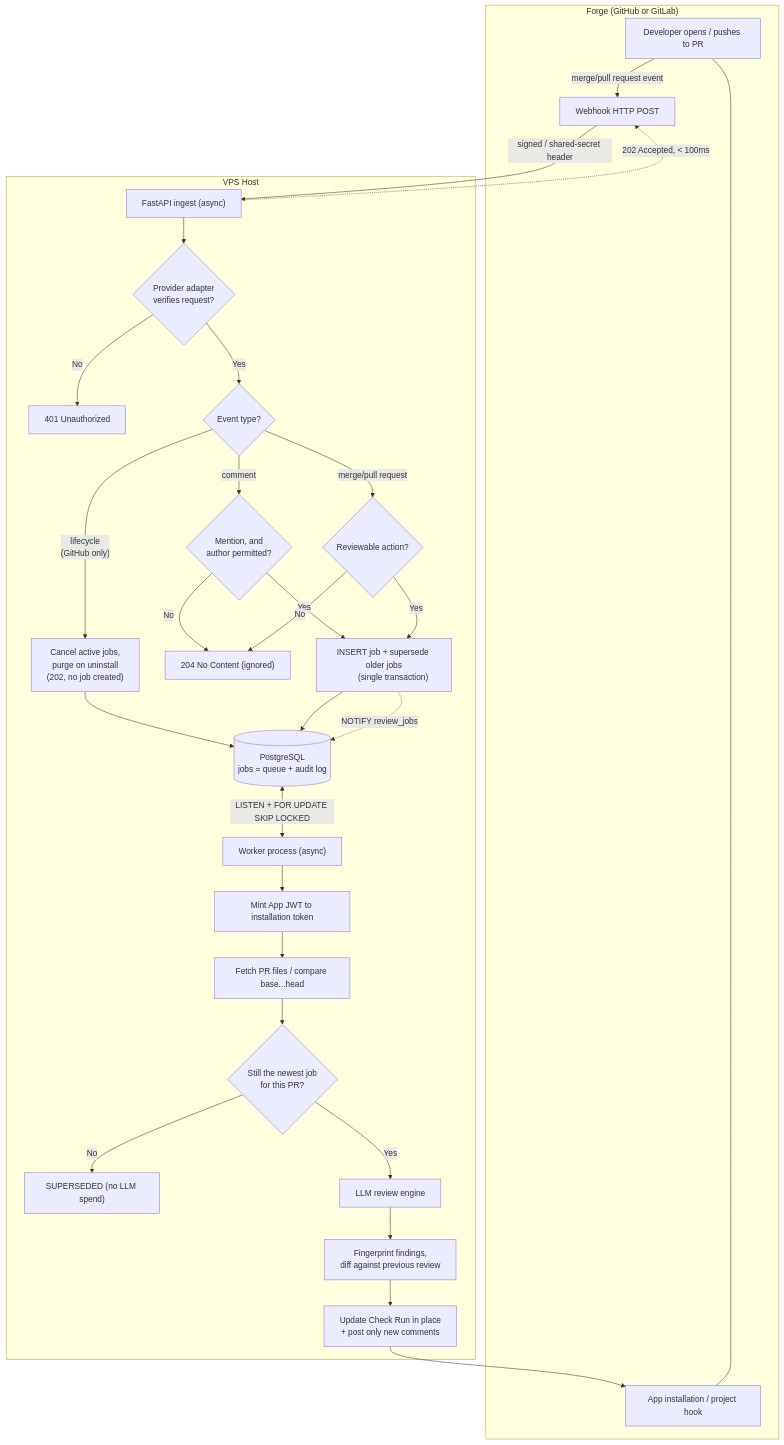
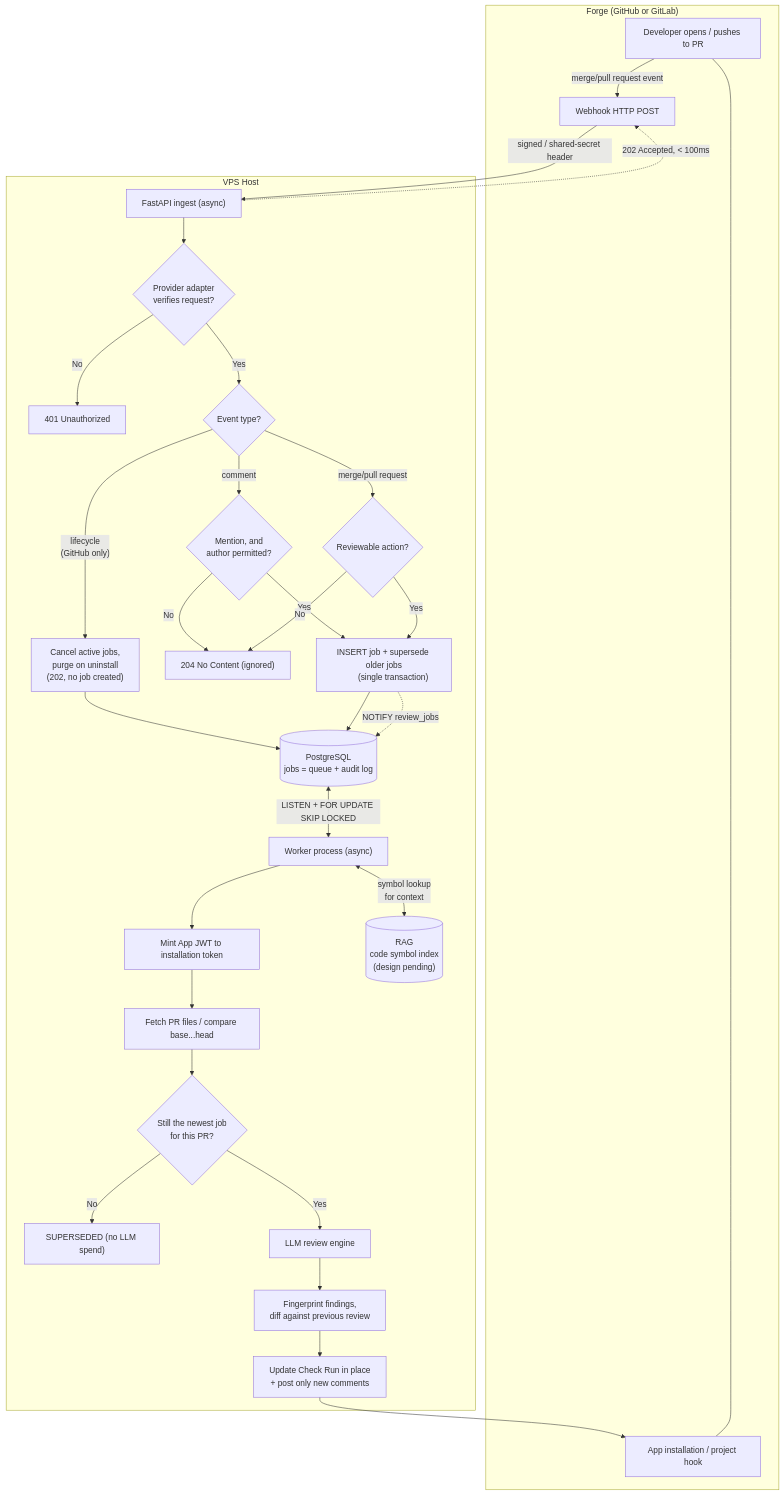
Before and after one commit to larchanka-training/dmc-268-api-t4: the first of 2 diagrams in docs/WORKFLOW_DESIGN.md, drawn with Mermaid.

Commit message:
added RAG module, not designed yet

````diff
--- a/docs/WORKFLOW_DESIGN.md
+++ b/docs/WORKFLOW_DESIGN.md
@@ -76,47 +76,51 @@
 ```mermaid
 flowchart TD
     subgraph GH ["Forge (GitHub or GitLab)"]
         DEV["Developer opens / pushes to PR"] -->|"merge/pull request event"| HOOK["Webhook HTTP POST"]
         APP["App installation / project hook"]
     end
 
     subgraph VPS ["VPS Host"]
         HOOK -->|"signed / shared-secret header"| API["FastAPI ingest (async)"]
         API --> SIG{"Provider adapter
         verifies request?"}
         SIG -->|No| REJ["401 Unauthorized"]
         SIG -->|Yes| EVT{"Event type?"}
         EVT -->|"lifecycle
         (GitHub only)"| LIFE["Cancel active jobs,
         purge on uninstall
         (202, no job created)"]
         LIFE --> DB
         EVT -->|"comment"| CMD{"Mention, and
         author permitted?"}
         CMD -->|No| IGN
         CMD -->|Yes| ENQ
         EVT -->|"merge/pull request"| ACT{"Reviewable action?"}
         ACT -->|No| IGN["204 No Content (ignored)"]
         ACT -->|Yes| ENQ["INSERT job + supersede older jobs
         (single transaction)"]
         ENQ --> DB[("PostgreSQL
         jobs = queue + audit log")]
         ENQ -.->|"NOTIFY review_jobs"| DB
         API -.->|"202 Accepted, < 100ms"| HOOK
 
         DB <-->|"LISTEN + FOR UPDATE SKIP LOCKED"| W["Worker process (async)"]
         W --> TOK["Mint App JWT to installation token"]
         TOK --> DIFF["Fetch PR files / compare base...head"]
         DIFF --> GATE{"Still the newest job
         for this PR?"}
+        W <-->|"symbol lookup
+        for context"| RAG[("RAG
+        code symbol index
+        (design pending)")]
         GATE -->|No| SUP["SUPERSEDED (no LLM spend)"]
         GATE -->|Yes| LLM["LLM review engine"]
         LLM --> DEDUP["Fingerprint findings,
         diff against previous review"]
         DEDUP --> POST["Update Check Run in place
         + post only new comments"]
     end
 
     POST --> APP
     APP --- DEV
 ```
````
